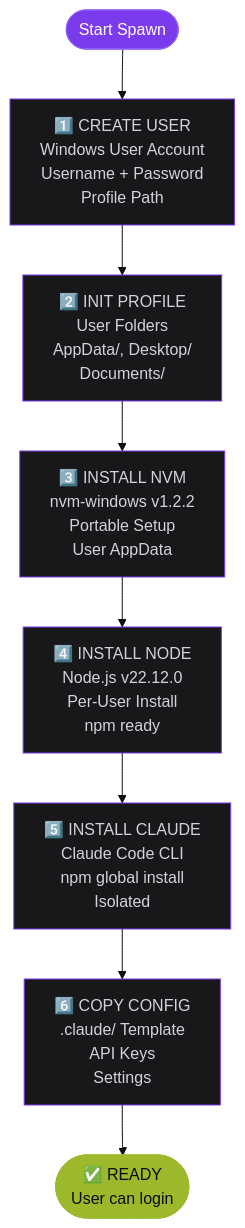
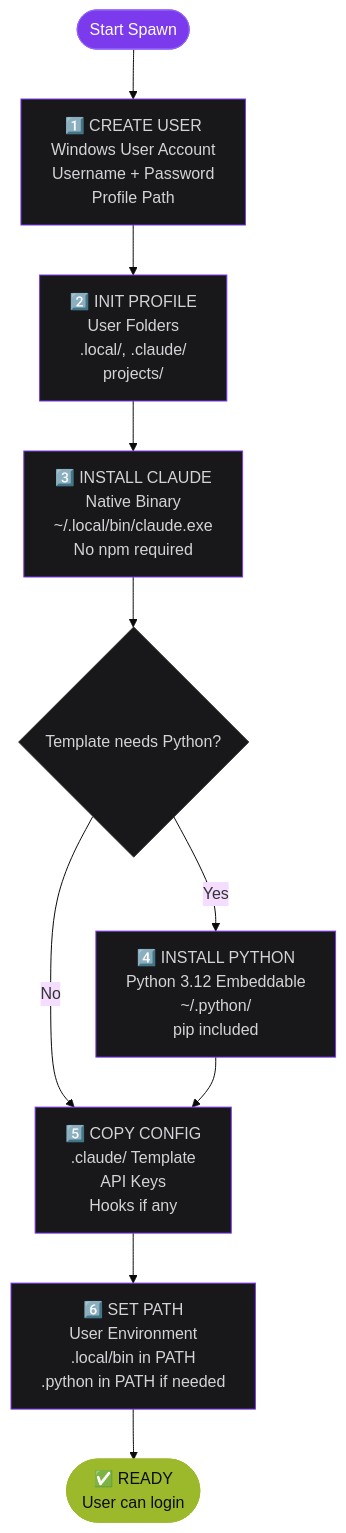
Before and after one commit to brrhlv/cc-spawner: the second of 6 diagrams in docs/ARCHITECTURE-DIAGRAMS.md, drawn with Mermaid (base theme). The commit also changed other lines of this file and 961 other files, not shown here.

````diff
--- a/docs/ARCHITECTURE-DIAGRAMS.md
+++ b/docs/ARCHITECTURE-DIAGRAMS.md
@@ -32,19 +32,22 @@
 ```mermaid
 graph TD
     Start([Start Spawn]) --> Step1[1️⃣ CREATE USER<br/>Windows User Account<br/>Username + Password<br/>Profile Path]
-    Step1 --> Step2[2️⃣ INIT PROFILE<br/>User Folders<br/>AppData/, Desktop/<br/>Documents/]
-    Step2 --> Step3[3️⃣ INSTALL NVM<br/>nvm-windows v1.2.2<br/>Portable Setup<br/>User AppData]
-    Step3 --> Step4[4️⃣ INSTALL NODE<br/>Node.js v22.12.0<br/>Per-User Install<br/>npm ready]
-    Step4 --> Step5[5️⃣ INSTALL CLAUDE<br/>Claude Code CLI<br/>npm global install<br/>Isolated]
-    Step5 --> Step6[6️⃣ COPY CONFIG<br/>.claude/ Template<br/>API Keys<br/>Settings]
-    Step6 --> Ready([✅ READY<br/>User can login])
+    Step1 --> Step2[2️⃣ INIT PROFILE<br/>User Folders<br/>.local/, .claude/<br/>projects/]
+    Step2 --> Step3[3️⃣ INSTALL CLAUDE<br/>Native Binary<br/>~/.local/bin/claude.exe<br/>No npm required]
+    Step3 --> Step4{Template needs Python?}
+    Step4 -->|Yes| Step5[4️⃣ INSTALL PYTHON<br/>Python 3.12 Embeddable<br/>~/.python/<br/>pip included]
+    Step4 -->|No| Step6
+    Step5 --> Step6[5️⃣ COPY CONFIG<br/>.claude/ Template<br/>API Keys<br/>Hooks if any]
+    Step6 --> Step7[6️⃣ SET PATH<br/>User Environment<br/>.local/bin in PATH<br/>.python in PATH if needed]
+    Step7 --> Ready([✅ READY<br/>User can login])
 
     style Start fill:#7C3AED,stroke:#9061F9,color:#fff
     style Ready fill:#9CB92C,stroke:#9CB92C,color:#0C0C0F
     style Step1 fill:#18181B,stroke:#7C3AED,color:#D4D4D8
     style Step2 fill:#18181B,stroke:#7C3AED,color:#D4D4D8
     style Step3 fill:#18181B,stroke:#7C3AED,color:#D4D4D8
-    style Step4 fill:#18181B,stroke:#7C3AED,color:#D4D4D8
+    style Step4 fill:#18181B,stroke:#27272A,color:#D4D4D8
     style Step5 fill:#18181B,stroke:#7C3AED,color:#D4D4D8
     style Step6 fill:#18181B,stroke:#7C3AED,color:#D4D4D8
+    style Step7 fill:#18181B,stroke:#7C3AED,color:#D4D4D8
 ```
````
